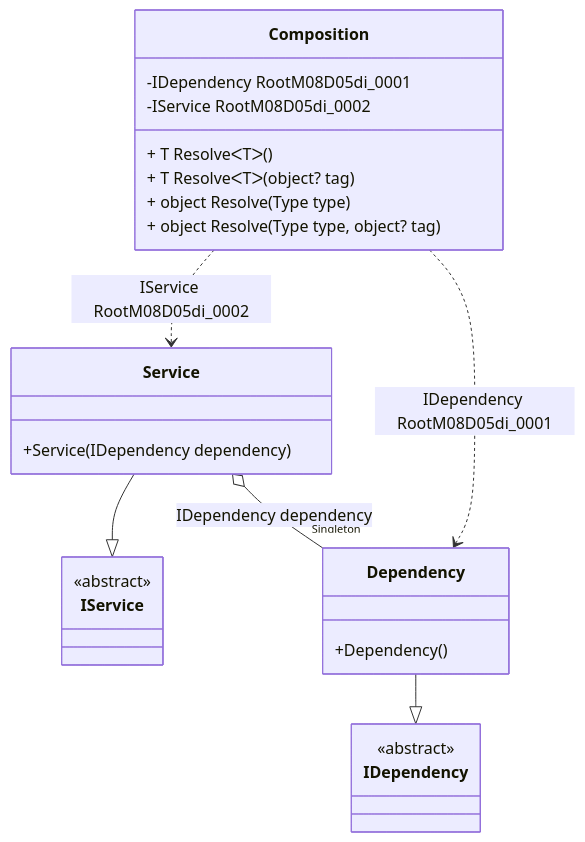
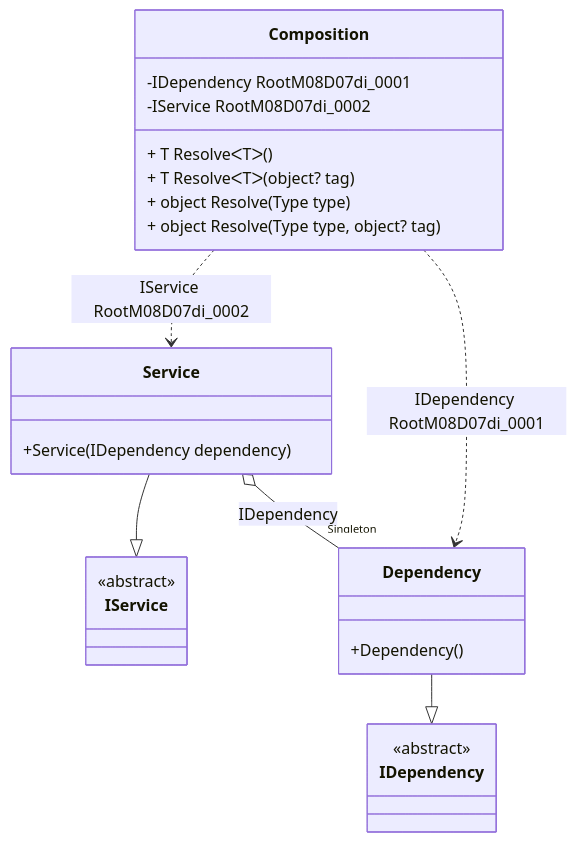
The diagram in readme/service-collection.md (DevTeam/Pure.DI), drawn with Mermaid before and after one commit. The commit also changed other lines of this file and 84 other files, not shown here.

Commit message:
Supports the arguments of the root of the composition.

````diff
--- a/readme/service-collection.md
+++ b/readme/service-collection.md
@@ -75,28 +75,28 @@
 ```mermaid
 classDiagram
   class Composition {
-    -IDependency RootM08D05di_0001
-    -IService RootM08D05di_0002
+    -IDependency RootM08D07di_0001
+    -IService RootM08D07di_0002
     + T ResolveᐸTᐳ()
     + T ResolveᐸTᐳ(object? tag)
     + object Resolve(Type type)
     + object Resolve(Type type, object? tag)
   }
   Service --|> IService : 
   class Service {
     +Service(IDependency dependency)
   }
   Dependency --|> IDependency : 
   class Dependency {
     +Dependency()
   }
   class IService {
     <<abstract>>
   }
   class IDependency {
     <<abstract>>
   }
-  Service o--  "Singleton" Dependency : IDependency dependency
-  Composition ..> Dependency : IDependency RootM08D05di_0001
-  Composition ..> Service : IService RootM08D05di_0002
+  Service o--  "Singleton" Dependency : IDependency
+  Composition ..> Dependency : IDependency RootM08D07di_0001
+  Composition ..> Service : IService RootM08D07di_0002
 ```
````
